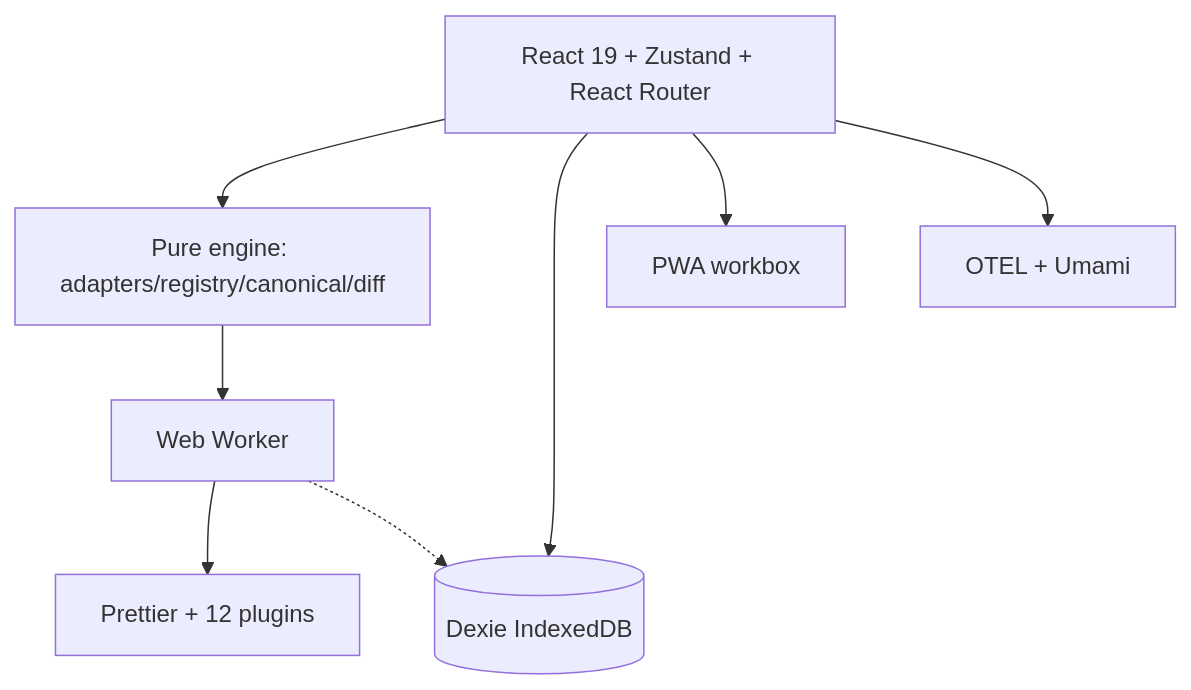
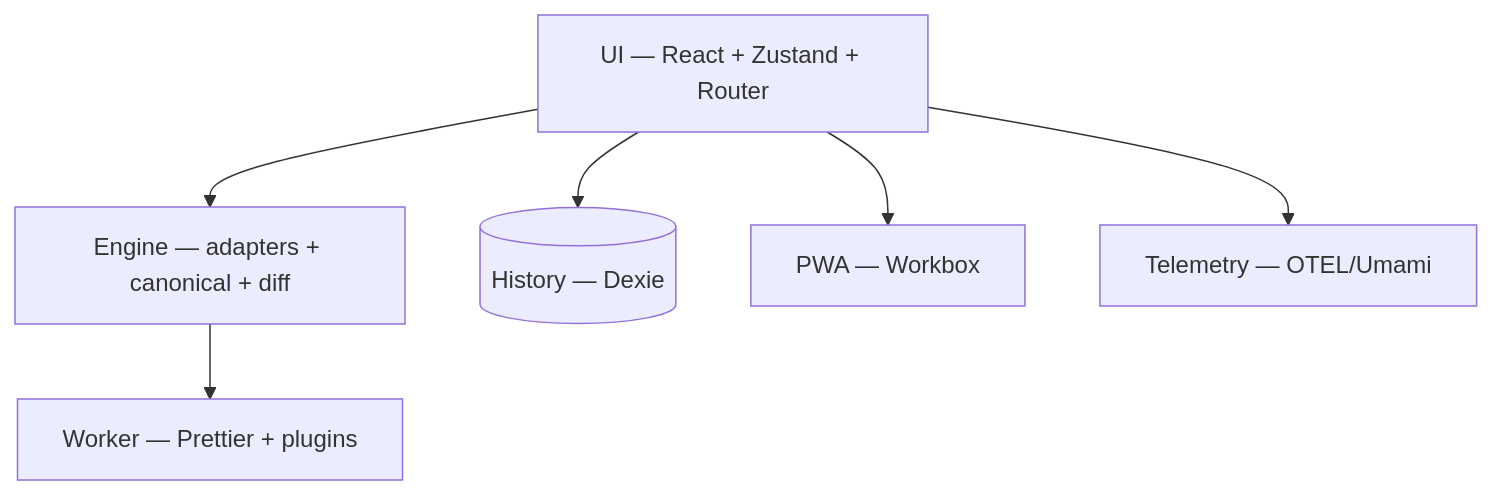
Before and after one commit to dimasbaguspm/syntaxdiff: the first of 5 diagrams in docs/ENGINEERING_SPEC.md, drawn with Mermaid. The commit also changed other lines of this file, not shown here.

Commit message:
docs: restructure engineering spec to purpose/problem/solution flow

````diff
--- a/docs/ENGINEERING_SPEC.md
+++ b/docs/ENGINEERING_SPEC.md
@@ -48,10 +39,8 @@
 ```mermaid
 flowchart TB
-  UI[React 19 + Zustand + React Router] --> Engine
-  Engine[Pure engine: adapters/registry/canonical/diff] --> Worker[Web Worker]
-  Worker --> Prettier[Prettier + 12 plugins]
-  UI --> Dexie[(Dexie IndexedDB)]
-  UI --> PWA[PWA workbox]
-  UI --> Telemetry[OTEL + Umami]
-  Worker -.-> Dexie
+  UI[UI — React + Zustand + Router] --> Engine[Engine — adapters + canonical + diff]
+  Engine --> Worker[Worker — Prettier + plugins]
+  UI --> History[(History — Dexie)]
+  UI --> PWA[PWA — Workbox]
+  UI --> Telemetry[Telemetry — OTEL/Umami]
 ```
````
